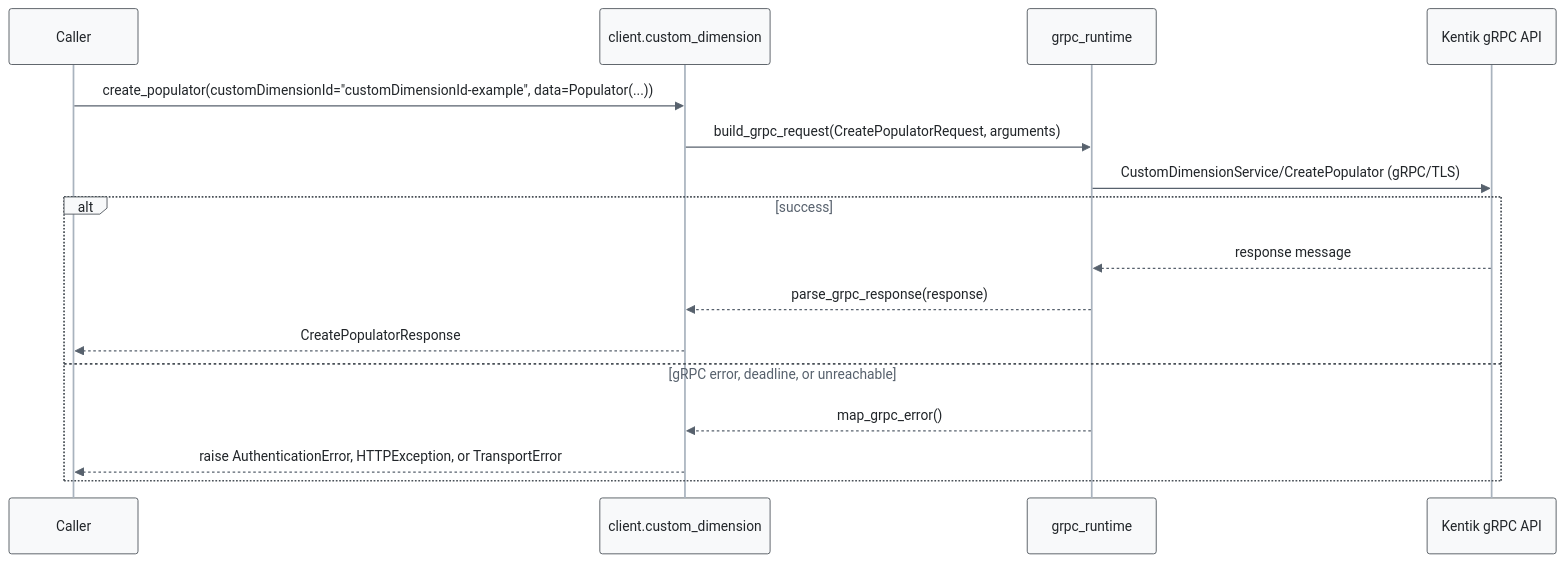
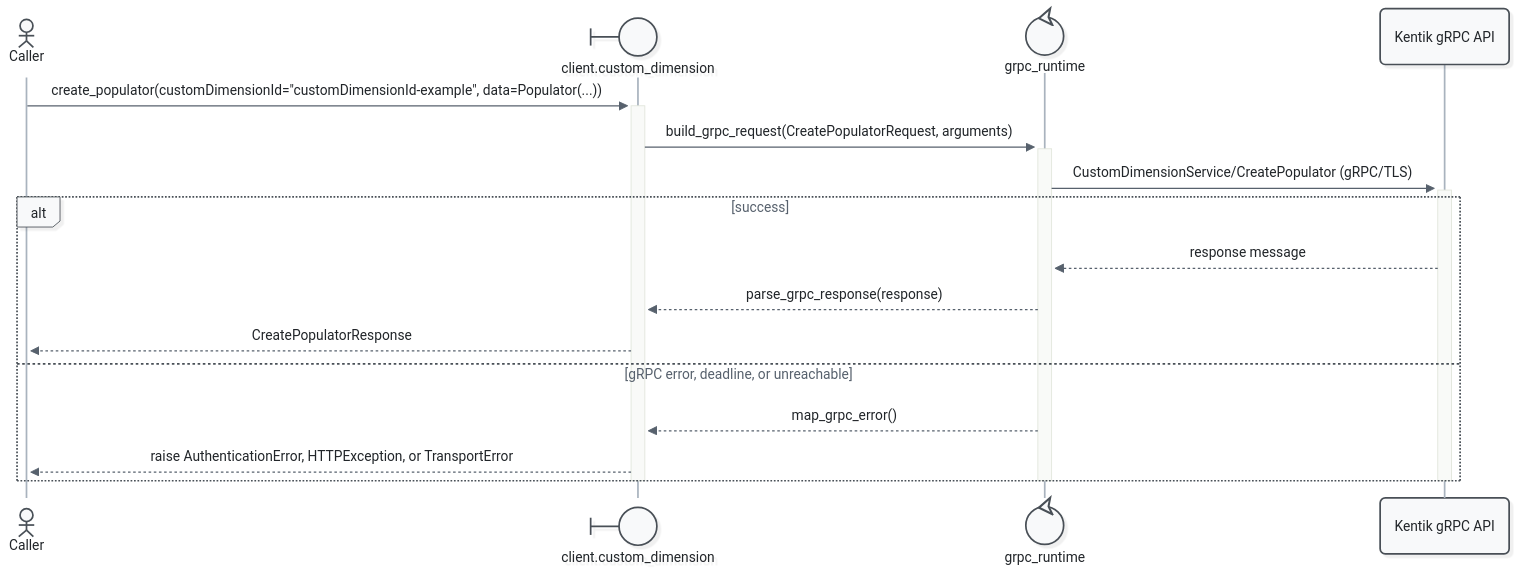
The tenth of 21 diagrams in docs/sphinx/services/custom_dimension.md (alexdearaujo/community_sdk_python), drawn with Mermaid before and after one commit. The commit also changed other lines of this file and 52 other files, not shown here.

First line of the commit message:
docs: Mermaid 12 sequence diagrams with participant types and path colors

````diff
--- a/docs/sphinx/services/custom_dimension.md
+++ b/docs/sphinx/services/custom_dimension.md
@@ -362,20 +384,23 @@
 ```mermaid
-%%{init: {"theme": "base", "fontFamily": "ui-monospace, SFMono-Regular, Menlo, monospace", "themeVariables": {"fontFamily": "ui-monospace, SFMono-Regular, Menlo, monospace", "primaryColor": "#f8f9fa", "primaryBorderColor": "#495057", "primaryTextColor": "#212529", "textColor": "#212529", "lineColor": "#77818c", "edgeLabelBackground": "#ffffff", "actorBkg": "#f8f9fa", "actorBorder": "#495057", "actorTextColor": "#212529", "actorLineColor": "#a9b3be", "signalColor": "#57616d", "signalTextColor": "#212529", "labelBoxBkgColor": "#f8f9fa", "labelBoxBorderColor": "#495057", "labelTextColor": "#212529", "loopTextColor": "#57616d", "noteBkgColor": "#fff9db", "noteBorderColor": "#f08c00", "noteTextColor": "#a35a00"}, "flowchart": {"curve": "step", "nodeSpacing": 30, "rankSpacing": 70, "wrappingWidth": 400}}}%%
+%%{init: {"theme": "redux", "look": "neo", "layout": "dagre", "fontFamily": "ui-monospace, SFMono-Regular, Menlo, monospace", "themeVariables": {"fontFamily": "ui-monospace, SFMono-Regular, Menlo, monospace", "primaryColor": "#f8f9fa", "primaryBorderColor": "#495057", "primaryTextColor": "#212529", "textColor": "#212529", "lineColor": "#77818c", "edgeLabelBackground": "#ffffff", "actorBkg": "#f8f9fa", "actorBorder": "#495057", "actorTextColor": "#212529", "actorLineColor": "#a9b3be", "signalColor": "#57616d", "signalTextColor": "#212529", "labelBoxBkgColor": "#f8f9fa", "labelBoxBorderColor": "#495057", "labelTextColor": "#212529", "loopTextColor": "#57616d", "noteBkgColor": "#fff9db", "noteBorderColor": "#f08c00", "noteTextColor": "#a35a00"}, "sequence": {"activationWidth": 16}, "flowchart": {"curve": "step", "nodeSpacing": 30, "rankSpacing": 70, "wrappingWidth": 400}}}%%
 sequenceDiagram
-    participant C as Caller
-    participant W as client.custom_dimension
-    participant R as grpc_runtime
+    actor C as Caller
+    participant W@{ "type": "boundary" } as client.custom_dimension
+    participant R@{ "type": "control" } as grpc_runtime
     participant API as Kentik gRPC API
 
-    C->>W: create_populator(customDimensionId="customDimensionId-example", data=Populator(...))
-    W->>R: build_grpc_request(CreatePopulatorRequest, arguments)
-    R->>API: CustomDimensionService/CreatePopulator (gRPC/TLS)
+    C->>+W: create_populator(customDimensionId="customDimensionId-example", data=Populator(...))
+    W->>+R: build_grpc_request(CreatePopulatorRequest, arguments)
+    R->>+API: CustomDimensionService/CreatePopulator (gRPC/TLS)
     alt success
         API-->>R: response message
         R-->>W: parse_grpc_response(response)
         W-->>C: CreatePopulatorResponse
     else gRPC error, deadline, or unreachable
         R-->>W: map_grpc_error()
         W-->>C: raise AuthenticationError, HTTPException, or TransportError
     end
+    deactivate API
+    deactivate R
+    deactivate W
 ```
````
